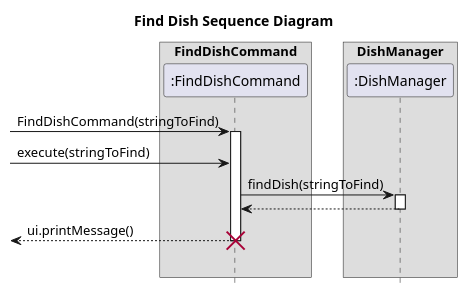
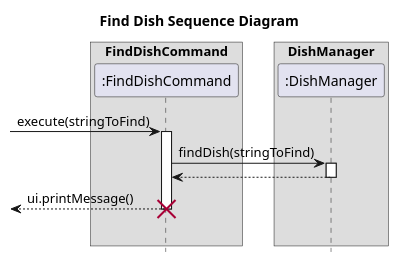
Before and after one commit to nus-cs2113-AY2223S2/tp: the diagram in docs/uml/FindDishCommandSequenceDiagram.puml, drawn with PlantUML. The commit also changed 3 other files, not shown here.

Commit message:
Update UML sequence diagrams for Dish commands

```diff
--- a/docs/uml/FindDishCommandSequenceDiagram.puml
+++ b/docs/uml/FindDishCommandSequenceDiagram.puml
@@ -1,22 +1,22 @@
 @startuml
 hide footbox
 title Find Dish Sequence Diagram
 
 box "FindDishCommand"
 participant ":FindDishCommand" as FindDishCommand
 endbox
 
 box "DishManager"
 participant ":DishManager" as DishManager
 endbox
 
--> FindDishCommand ++ : FindDishCommand(stringToFind)
 -> FindDishCommand: execute(stringToFind)
+activate FindDishCommand
 FindDishCommand -> DishManager ++ : findDish(stringToFind)
 FindDishCommand <-- DishManager
 deactivate
 <-- FindDishCommand: ui.printMessage()
 
 destroy FindDishCommand
 |||
 @enduml
```
